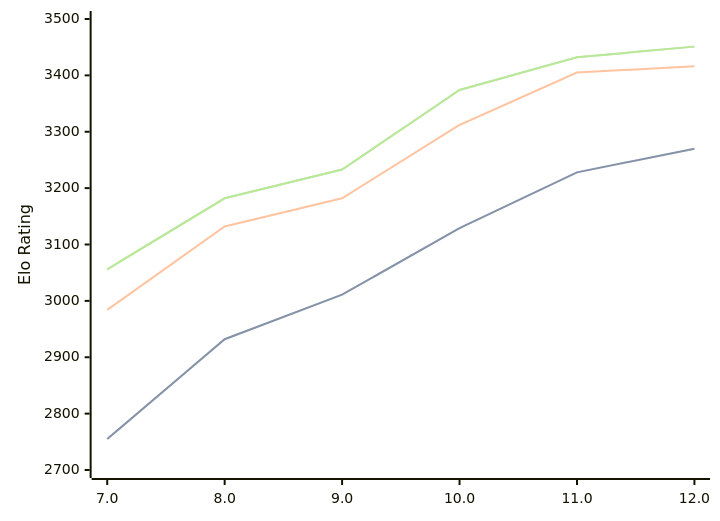
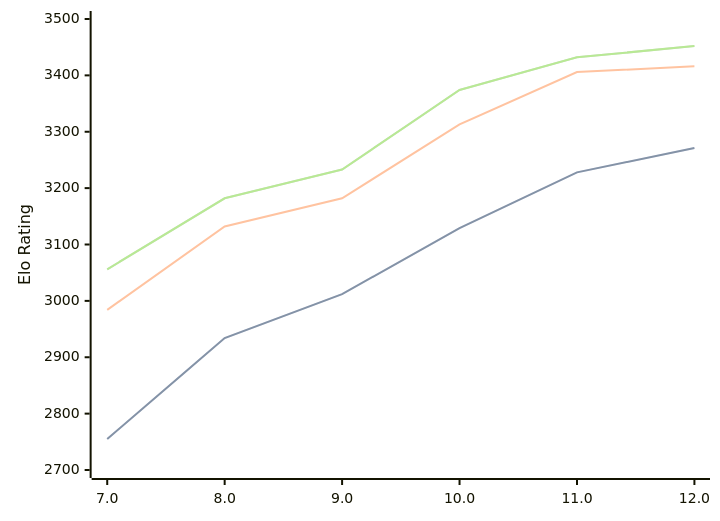
One commit to computer-chess-index/cci changed the third of 3 diagrams in engines/Tcheran.md. Above: the diagram before and after it, drawn with Mermaid. The commit also changed other lines of this file, not shown here.

Commit message:
Update CCI Ratings (ELO VLTC) - 2026-07-08

````diff
--- a/engines/Tcheran.md
+++ b/engines/Tcheran.md
@@ -83,11 +83,11 @@
 ```mermaid
 %%{init: {"theme":"base","themeVariables":{"seriesColors:['#a3a3a3','#222221','#faa371']}}}%%
 xychart-beta
   x-axis ["7.0", "8.0", "9.0", "10.0", "11.0", "12.0"]
   y-axis "Elo Rating" 2700 --> 3500
-  line "STC (8.0+0.08s)" [2755, 2932, 3011, 3129, 3228, 3270]
-  line "STC (8.0+0.08s)" [2755, 2932, 3011, 3129, 3228, 3270]
-  line "LTC (60.0+0.60s)" [2984, 3132, 3182, 3312, 3405, 3416]
-  line "VLTC (2m24s+1.12s)" [3056, 3182, 3233, 3374, 3432, 3451]
-  line "VLTC (2m24s+1.12s)" [3056, 3182, 3233, 3374, 3432, 3451]
+  line "STC (8.0+0.08s)" [2755, 2934, 3012, 3129, 3228, 3271]
+  line "STC (8.0+0.08s)" [2755, 2934, 3012, 3129, 3228, 3271]
+  line "LTC (60.0+0.60s)" [2984, 3132, 3182, 3313, 3406, 3416]
+  line "VLTC (2m24s+1.12s)" [3056, 3182, 3233, 3374, 3432, 3452]
+  line "VLTC (2m24s+1.12s)" [3056, 3182, 3233, 3374, 3432, 3452]
 ```
````
